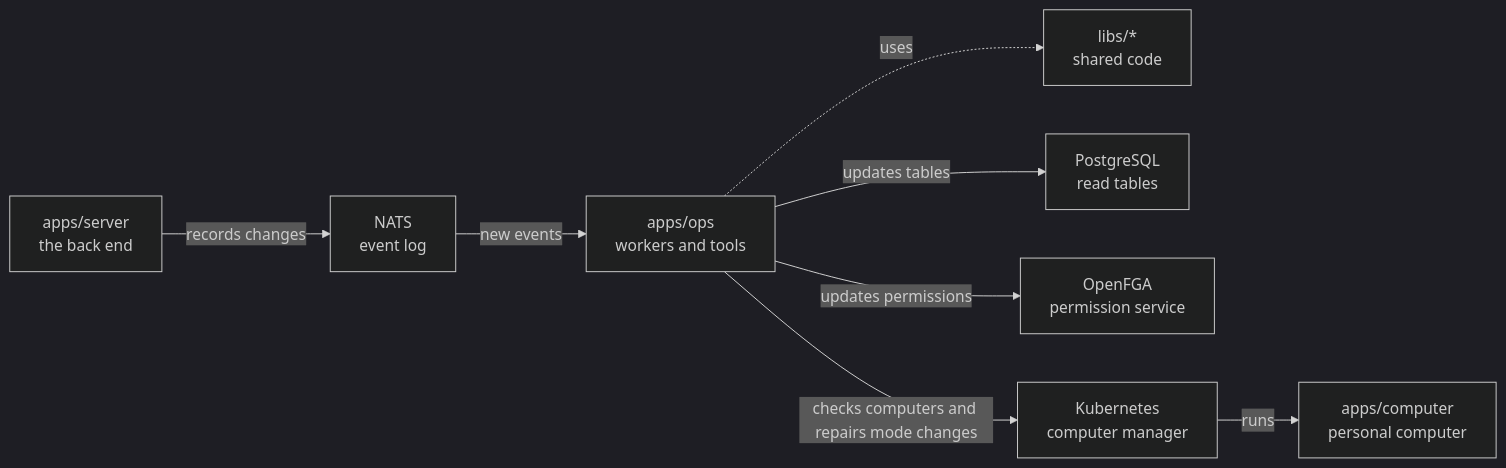
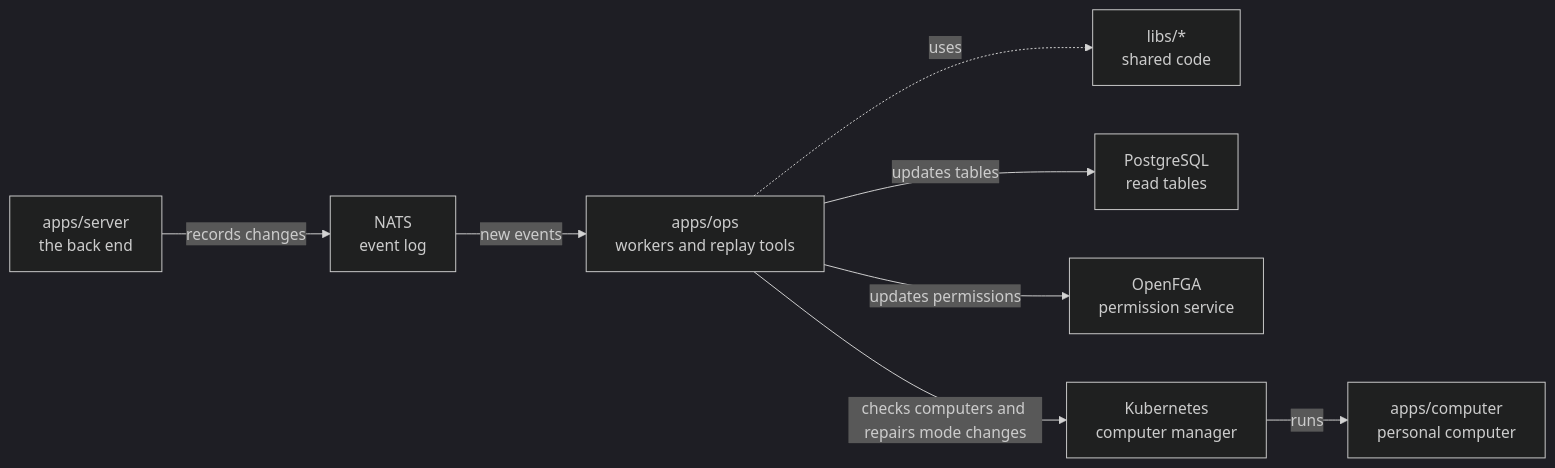
One commit to elewa-git/opencrane-new changed the diagram in apps/ops/README.md. Above: the diagram before and after it, drawn with Mermaid (dark theme). The commit also changed other lines of this file and 19 other files, not shown here.

````diff
--- a/apps/ops/README.md
+++ b/apps/ops/README.md
@@ -11,10 +11,10 @@
 ```mermaid
 flowchart LR
   server["apps/server<br/>the back end"] -->|records changes| nats["NATS<br/>event log"]
-  nats -->|new events| ops["apps/ops<br/>workers and tools"]
+  nats -->|new events| ops["apps/ops<br/>workers and replay tools"]
   ops -.->|uses| libs["libs/*<br/>shared code"]
   ops -->|updates tables| postgres["PostgreSQL<br/>read tables"]
   ops -->|updates permissions| fga["OpenFGA<br/>permission service"]
   ops -->|checks computers and repairs mode changes| kube["Kubernetes<br/>computer manager"]
   kube -->|runs| computer["apps/computer<br/>personal computer"]
 ```
````
